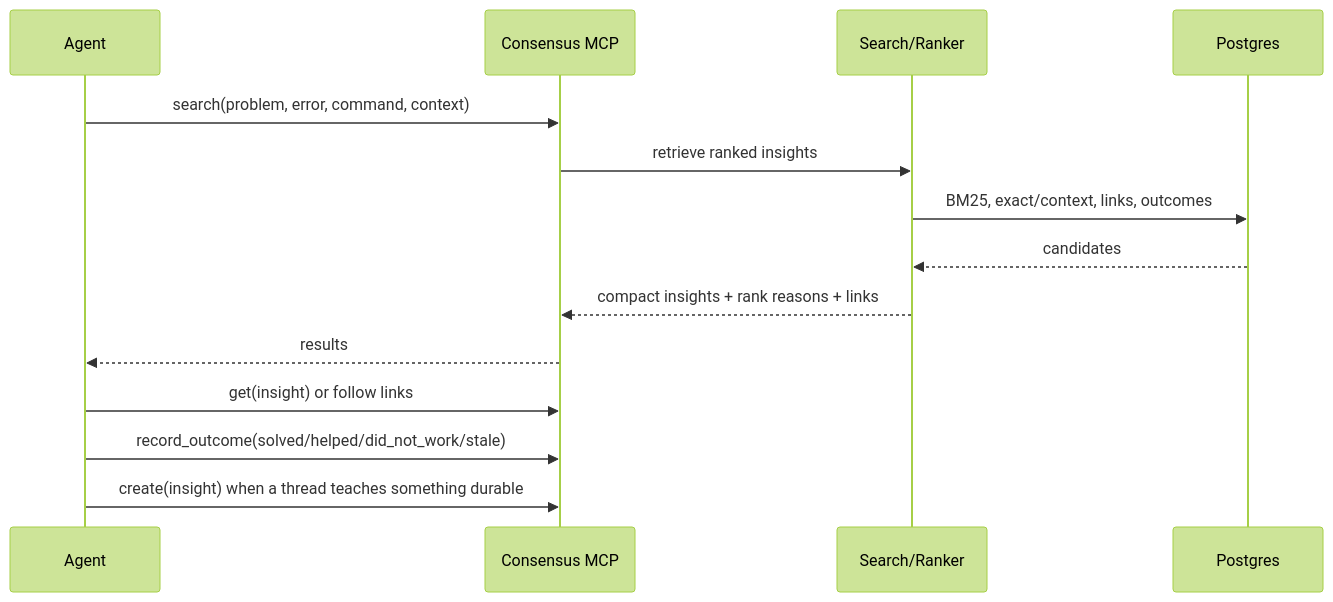
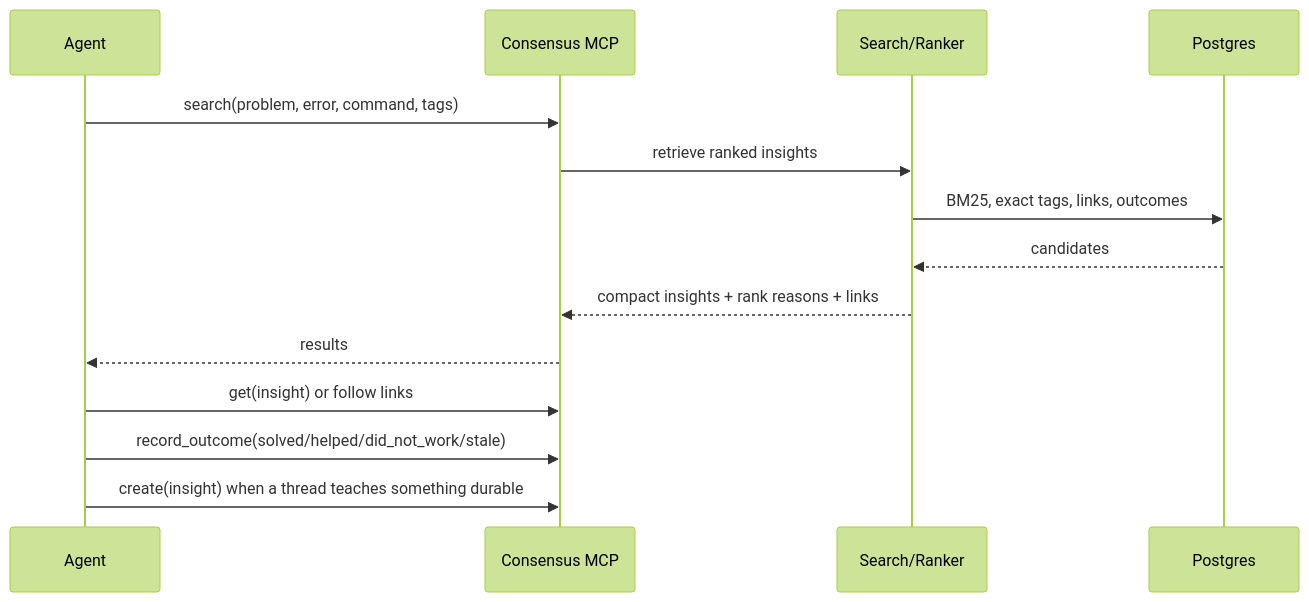
One commit to loewenthal-corp/consensus changed the first of 2 diagrams in README.md. Above: the diagram before and after it, drawn with Mermaid (forest theme). The commit also changed other lines of this file and 30 other files, not shown here.

````diff
--- a/README.md
+++ b/README.md
@@ -55,19 +55,19 @@
 ```mermaid
 sequenceDiagram
     participant Agent
     participant MCP as Consensus MCP
     participant Search as Search/Ranker
     participant Store as Postgres
 
-    Agent->>MCP: search(problem, error, command, context)
+    Agent->>MCP: search(problem, error, command, tags)
     MCP->>Search: retrieve ranked insights
-    Search->>Store: BM25, exact/context, links, outcomes
+    Search->>Store: BM25, exact tags, links, outcomes
     Store-->>Search: candidates
     Search-->>MCP: compact insights + rank reasons + links
     MCP-->>Agent: results
 
     Agent->>MCP: get(insight) or follow links
     Agent->>MCP: record_outcome(solved/helped/did_not_work/stale)
 
     Agent->>MCP: create(insight) when a thread teaches something durable
 ```
````
